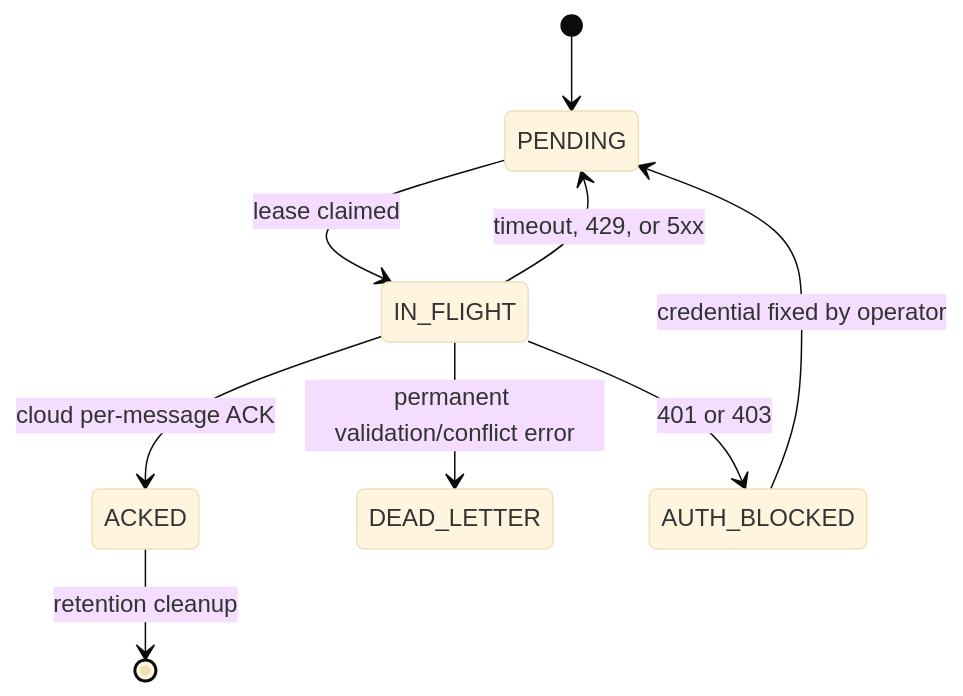
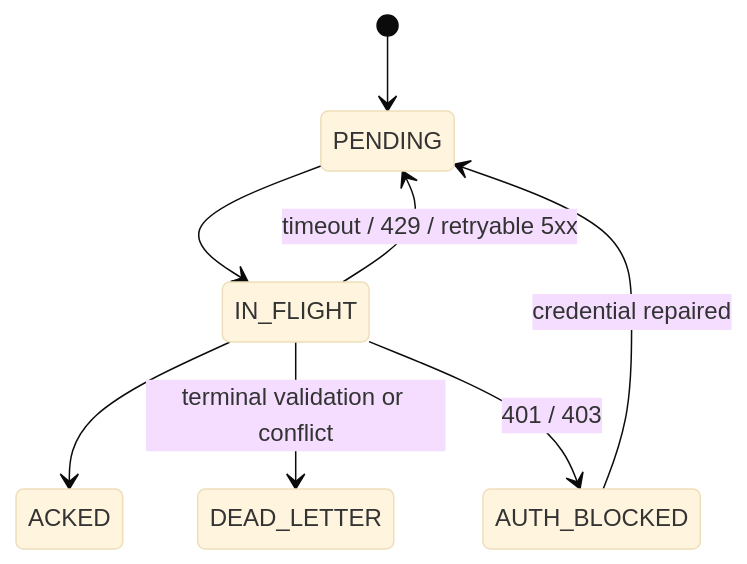
The sixth of 8 diagrams in DOCUMENTATION/02_SYSTEM_ARCHITECTURE.md (Vortex-ParthAjmera/Smart-Waste-Ecosystem), drawn with Mermaid (base theme) before and after one commit. The commit also changed other lines of this file and 25 other files, not shown here.

````diff
--- a/DOCUMENTATION/02_SYSTEM_ARCHITECTURE.md
+++ b/DOCUMENTATION/02_SYSTEM_ARCHITECTURE.md
@@ -235,11 +272,10 @@
 ```mermaid
 stateDiagram-v2
     [*] --> PENDING
-    PENDING --> IN_FLIGHT: lease claimed
-    IN_FLIGHT --> ACKED: cloud per-message ACK
-    IN_FLIGHT --> PENDING: timeout, 429, or 5xx
-    IN_FLIGHT --> DEAD_LETTER: permanent validation/conflict error
-    IN_FLIGHT --> AUTH_BLOCKED: 401 or 403
-    AUTH_BLOCKED --> PENDING: credential fixed by operator
-    ACKED --> [*]: retention cleanup
+    PENDING --> IN_FLIGHT
+    IN_FLIGHT --> ACKED
+    IN_FLIGHT --> PENDING: timeout / 429 / retryable 5xx
+    IN_FLIGHT --> DEAD_LETTER: terminal validation or conflict
+    IN_FLIGHT --> AUTH_BLOCKED: 401 / 403
+    AUTH_BLOCKED --> PENDING: credential repaired
 ```
````
